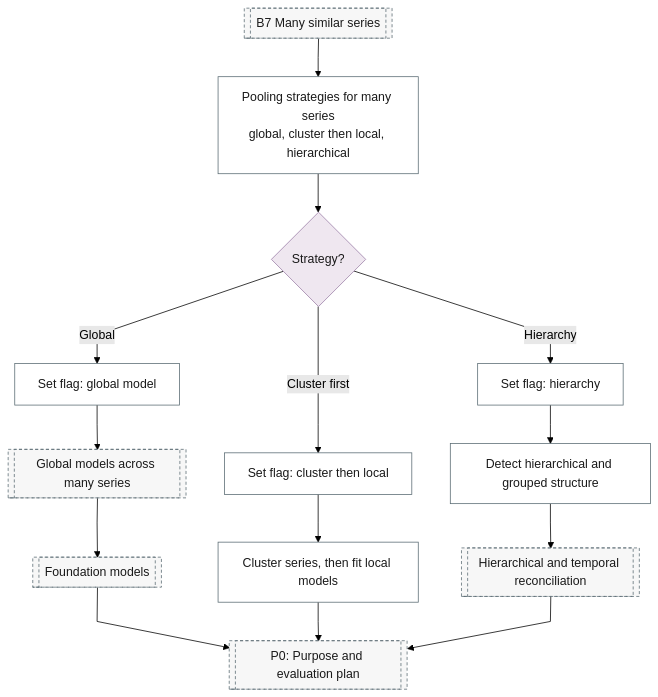
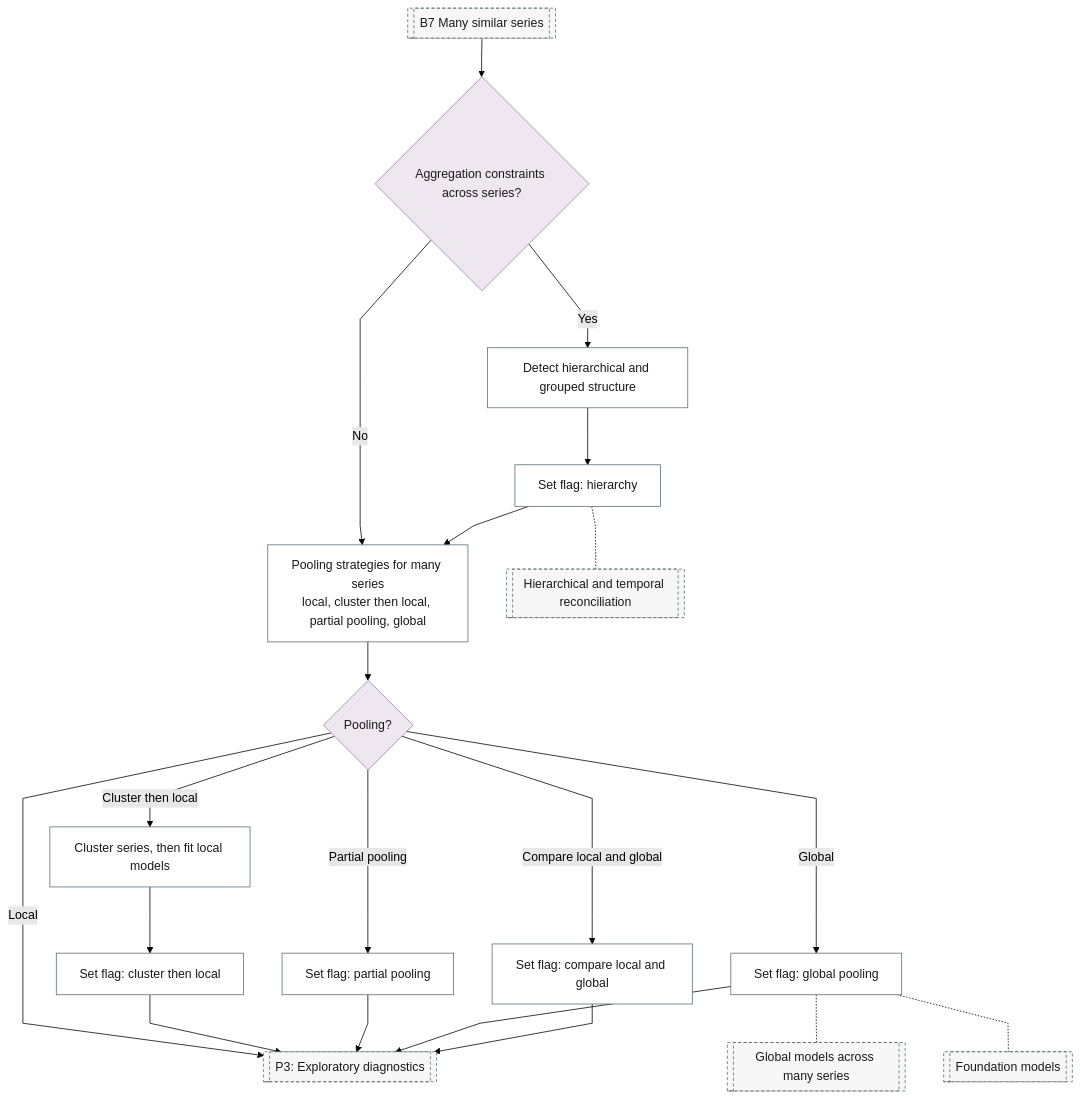
Before and after one commit to Shuxin-Y/time-series-analysis-manual: the second of 2 diagrams in docs/01-workflow/p02-data-type-gate.md, drawn with Mermaid (forest theme). The commit also changed other lines of this file and 8 other files, not shown here.

````diff
--- a/docs/01-workflow/p02-data-type-gate.md
+++ b/docs/01-workflow/p02-data-type-gate.md
@@ -75,26 +70,31 @@
 ```mermaid
 %%{init: {"flowchart": {"curve": "linear"}}}%%
 graph TD
-    B7[["B7 Many similar series"]] --> B7_GLOBAL_VS_LOCAL["Pooling strategies for many series<br/>global, cluster then local, hierarchical"]
-    B7_GLOBAL_VS_LOCAL --> B7_STRATEGY{"Strategy?"}
-    B7_STRATEGY -->|"Global"| P2_GLOBAL_FLAG["Set flag: global model"]
-    B7_STRATEGY -->|"Cluster first"| B7_CLUSTER_FLAG["Set flag: cluster then local"]
-    B7_STRATEGY -->|"Hierarchy"| B7_HIERARCHY_FLAG["Set flag: hierarchy"]
-    P2_GLOBAL_FLAG --> P6_GLOBAL_MODELS[["Global models across many series"]]
-    P6_GLOBAL_MODELS --> P6_FOUNDATION_MODELS[["Foundation models"]]
-    B7_CLUSTER_FLAG --> B7_CLUSTER_THEN_LOCAL["Cluster series, then fit local models"]
-    B7_HIERARCHY_FLAG --> B7_HIERARCHY["Detect hierarchical and grouped structure"]
-    B7_HIERARCHY --> P11_RECONCILIATION[["Hierarchical and temporal reconciliation"]]
-    P6_FOUNDATION_MODELS & B7_CLUSTER_THEN_LOCAL & P11_RECONCILIATION --> P0[["P0: Purpose and evaluation plan"]]
-    class B7_STRATEGY decision
-    class B7_GLOBAL_VS_LOCAL,P2_GLOBAL_FLAG,B7_CLUSTER_FLAG,B7_HIERARCHY_FLAG,B7_CLUSTER_THEN_LOCAL,B7_HIERARCHY process
-    class B7,P6_GLOBAL_MODELS,P6_FOUNDATION_MODELS,P11_RECONCILIATION,P0 ref
+    B7[["B7 Many similar series"]] --> B7_AGGREGATION{"Aggregation constraints across series?"}
+    B7_AGGREGATION -->|"Yes"| B7_HIERARCHY["Detect hierarchical and grouped structure"]
+    B7_AGGREGATION -->|"No"| B7_GLOBAL_VS_LOCAL
+    B7_HIERARCHY --> B7_HIERARCHY_FLAG["Set flag: hierarchy"]
+    B7_HIERARCHY_FLAG --> B7_GLOBAL_VS_LOCAL["Pooling strategies for many series<br/>local, cluster then local, partial pooling, global"]
+    B7_GLOBAL_VS_LOCAL --> B7_POOLING{"Pooling?"}
+    B7_POOLING -->|"Local"| P3[["P3: Exploratory diagnostics"]]
+    B7_POOLING -->|"Cluster then local"| B7_CLUSTER_THEN_LOCAL["Cluster series, then fit local models"]
+    B7_POOLING -->|"Partial pooling"| B7_PARTIAL_FLAG["Set flag: partial pooling"]
+    B7_POOLING -->|"Global"| P2_GLOBAL_FLAG["Set flag: global pooling"]
+    B7_POOLING -->|"Compare local and global"| B7_COMPARE_FLAG["Set flag: compare local and global"]
+    B7_CLUSTER_THEN_LOCAL --> B7_CLUSTER_FLAG["Set flag: cluster then local"]
+    B7_CLUSTER_FLAG & B7_PARTIAL_FLAG & P2_GLOBAL_FLAG & B7_COMPARE_FLAG --> P3
+    P2_GLOBAL_FLAG -.- P6_GLOBAL_MODELS[["Global models across many series"]]
+    P2_GLOBAL_FLAG -.- P6_FOUNDATION_MODELS[["Foundation models"]]
+    B7_HIERARCHY_FLAG -.- P11_RECONCILIATION[["Hierarchical and temporal reconciliation"]]
+    class B7_AGGREGATION,B7_POOLING decision
+    class B7_HIERARCHY,B7_HIERARCHY_FLAG,B7_GLOBAL_VS_LOCAL,B7_CLUSTER_THEN_LOCAL,B7_CLUSTER_FLAG,B7_PARTIAL_FLAG,P2_GLOBAL_FLAG,B7_COMPARE_FLAG process
+    class B7,P3,P6_GLOBAL_MODELS,P6_FOUNDATION_MODELS,P11_RECONCILIATION ref
     classDef terminator fill:#E6F2F7,stroke:#007BA7,color:#1A1A1A;
     classDef process fill:#FFFFFF,stroke:#5A6B73,color:#1A1A1A;
     classDef decision fill:#EFE7F0,stroke:#9B7FA7,color:#1A1A1A;
     classDef data fill:#FFF4E0,stroke:#C9A55E,color:#1A1A1A;
     classDef good fill:#DCEFD8,stroke:#4A7A3F,color:#1A1A1A;
     classDef escalate fill:#FFE9C2,stroke:#C9A55E,color:#1A1A1A;
     classDef problem fill:#F2D9DE,stroke:#800020,color:#1A1A1A;
     classDef ref fill:#F7F7F7,stroke:#5A6B73,color:#1A1A1A,stroke-dasharray:4 3;
 ```
````
